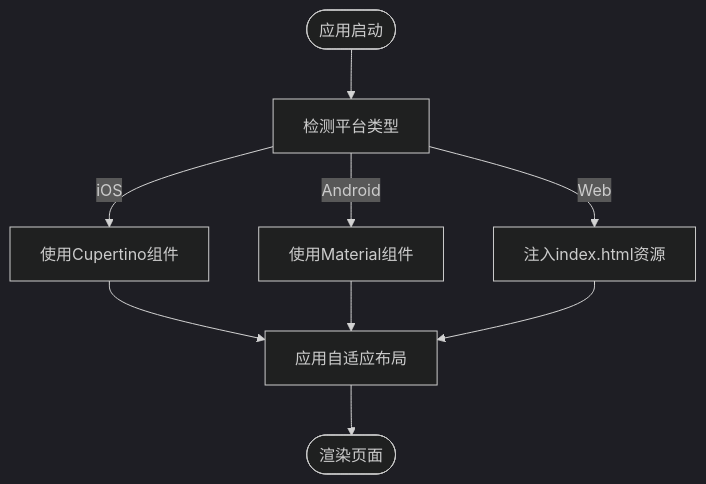
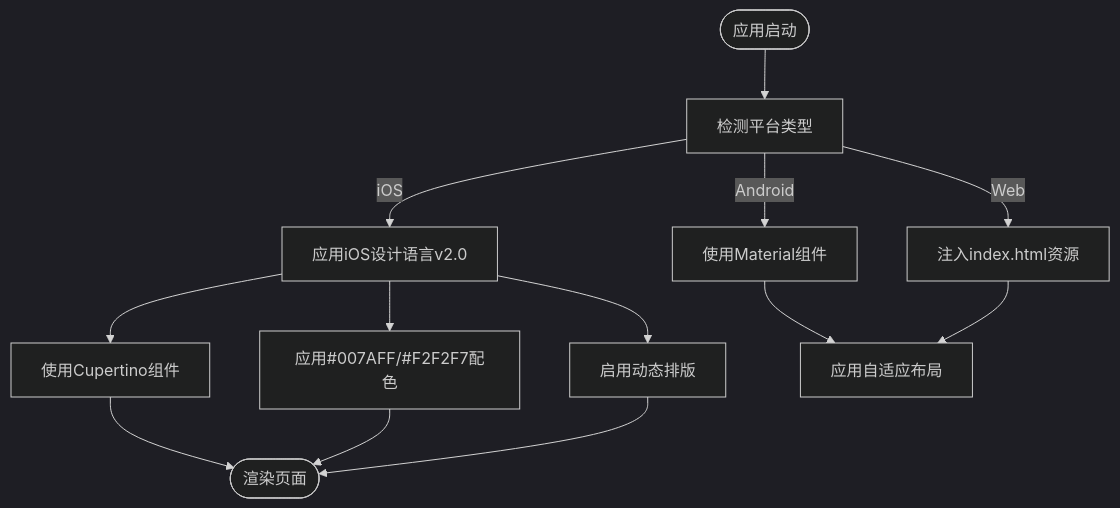
One commit to ZhangGHGitHub/LegadoTeamFlutter changed the fifth of 7 diagrams in .qoder/repowiki/zh/content/主题和样式/多平台样式适配/Flutter Material Components应用.md. Above: the diagram before and after it, drawn with Mermaid (dark theme). The commit also changed other lines of this file and 173 other files, not shown here.

````diff
--- a/.qoder/repowiki/zh/content/主题和样式/多平台样式适配/Flutter Material Components应用.md
+++ b/.qoder/repowiki/zh/content/主题和样式/多平台样式适配/Flutter Material Components应用.md
@@ -160,11 +219,15 @@
 ```mermaid
 flowchart TD
 Start(["应用启动"]) --> Detect["检测平台类型"]
-Detect --> |iOS| UseCupertino["使用Cupertino组件"]
+Detect --> |iOS| UseiOSv2["应用iOS设计语言v2.0"]
 Detect --> |Android| UseMaterial["使用Material组件"]
 Detect --> |Web| InjectHTML["注入index.html资源"]
-UseCupertino --> Layout["应用自适应布局"]
-UseMaterial --> Layout
+UseiOSv2 --> Cupertino["使用Cupertino组件"]
+UseiOSv2 --> iOSColors["应用#007AFF/#F2F2F7配色"]
+UseiOSv2 --> DynamicType["启用动态排版"]
+UseMaterial --> Layout["应用自适应布局"]
 InjectHTML --> Layout
-Layout --> End(["渲染页面"])
+Cupertino --> End(["渲染页面"])
+iOSColors --> End
+DynamicType --> End
 ```
````
